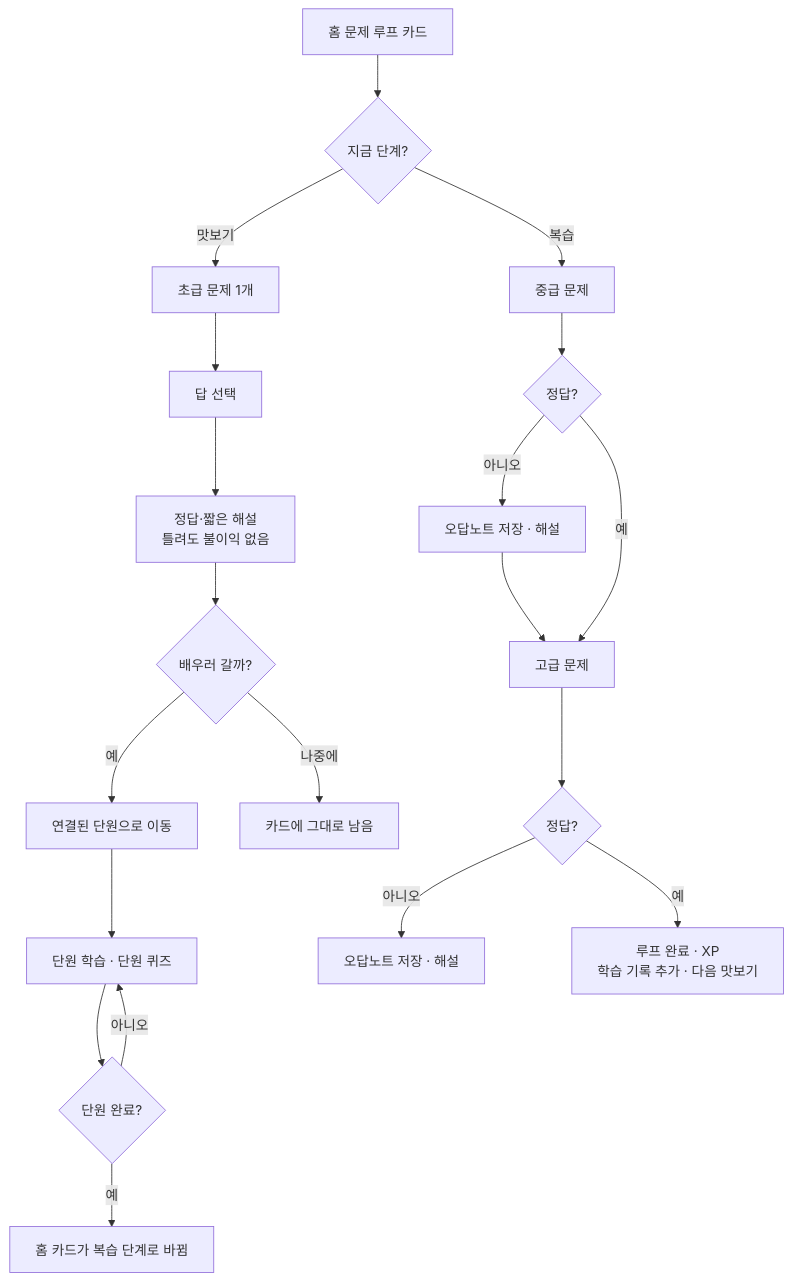
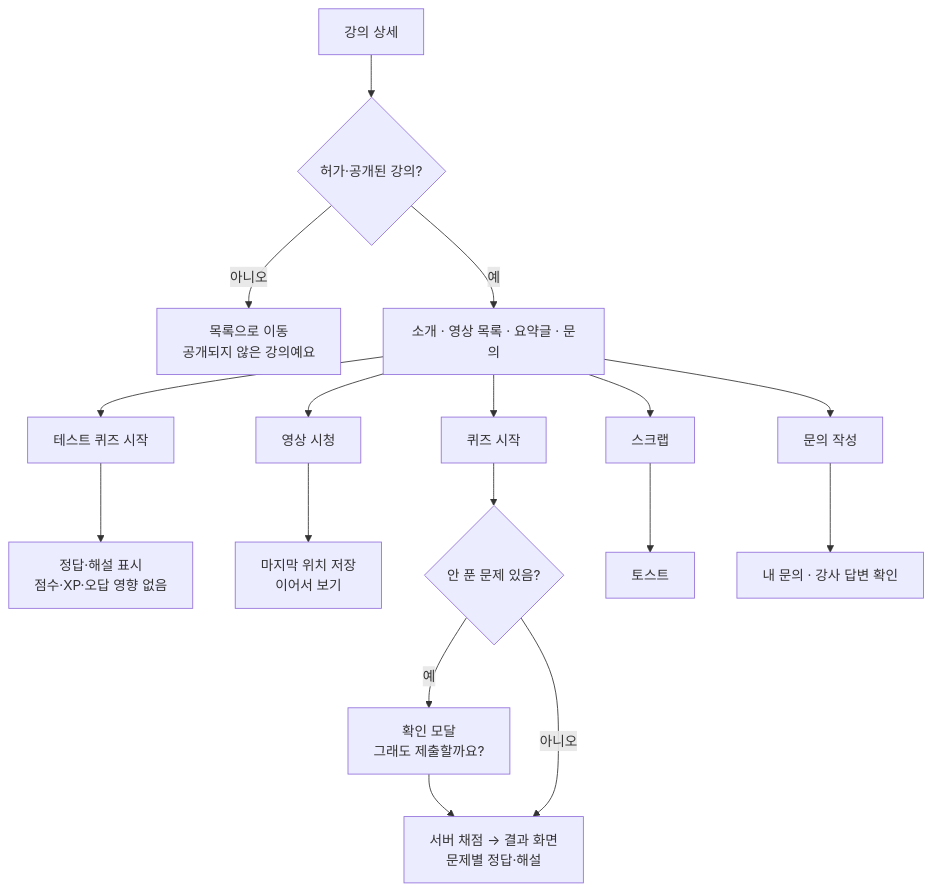
The ninth of 13 diagrams in docs/MoneyBeetle_업무분석.md (bukkeu/my-home-finish), drawn with Mermaid before and after one commit. The commit also changed other lines of this file, not shown here.

````diff
--- a/docs/MoneyBeetle_업무분석.md
+++ b/docs/MoneyBeetle_업무분석.md
@@ -577,15 +520,13 @@
 ```mermaid
 flowchart TD
-    CARD[홈 문제 루프 카드] --> STATE{지금 단계?}
-    STATE -- 맛보기 --> PQ[초급 문제 1개] --> PANS[답 선택] --> PEXP[정답·짧은 해설<br/>틀려도 불이익 없음]
-    PEXP --> GO{배우러 갈까?}
-    GO -- 예 --> UNIT[연결된 단원으로 이동] --> STUDY[단원 학습 · 단원 퀴즈] --> DONE{단원 완료?}
-    DONE -- 아니오 --> STUDY
-    DONE -- 예 --> BACK[홈 카드가 복습 단계로 바뀜]
-    GO -- 나중에 --> KEEP[카드에 그대로 남음]
-    STATE -- 복습 --> RQ[중급 문제] --> RQOK{정답?}
-    RQOK -- 아니오 --> WN[오답노트 저장 · 해설] --> RQ2
-    RQOK -- 예 --> RQ2[고급 문제] --> RQ2OK{정답?}
-    RQ2OK -- 아니오 --> WN2[오답노트 저장 · 해설]
-    RQ2OK -- 예 --> FIN[루프 완료 · XP<br/>학습 기록 추가 · 다음 맛보기]
+    D[강의 상세] --> PUB{허가·공개된 강의?}
+    PUB -- 아니오 --> BACK[목록으로 이동<br/>공개되지 않은 강의예요]
+    PUB -- 예 --> TABS[소개 · 영상 목록 · 요약글 · 문의]
+    TABS --> OX[테스트 퀴즈 시작] --> OXR[정답·해설 표시<br/>점수·XP·오답 영향 없음]
+    TABS --> V[영상 시청] --> POS[마지막 위치 저장<br/>이어서 보기]
+    TABS --> Q[퀴즈 시작] --> SUBMIT{안 푼 문제 있음?}
+    SUBMIT -- 예 --> CONFIRM[확인 모달<br/>그래도 제출할까요?] --> GRADE
+    SUBMIT -- 아니오 --> GRADE[서버 채점 → 결과 화면<br/>문제별 정답·해설]
+    TABS --> SCRAP[스크랩] --> TOAST[토스트]
+    TABS --> INQ[문의 작성] --> INQD[내 문의 · 강사 답변 확인]
 ```
````
